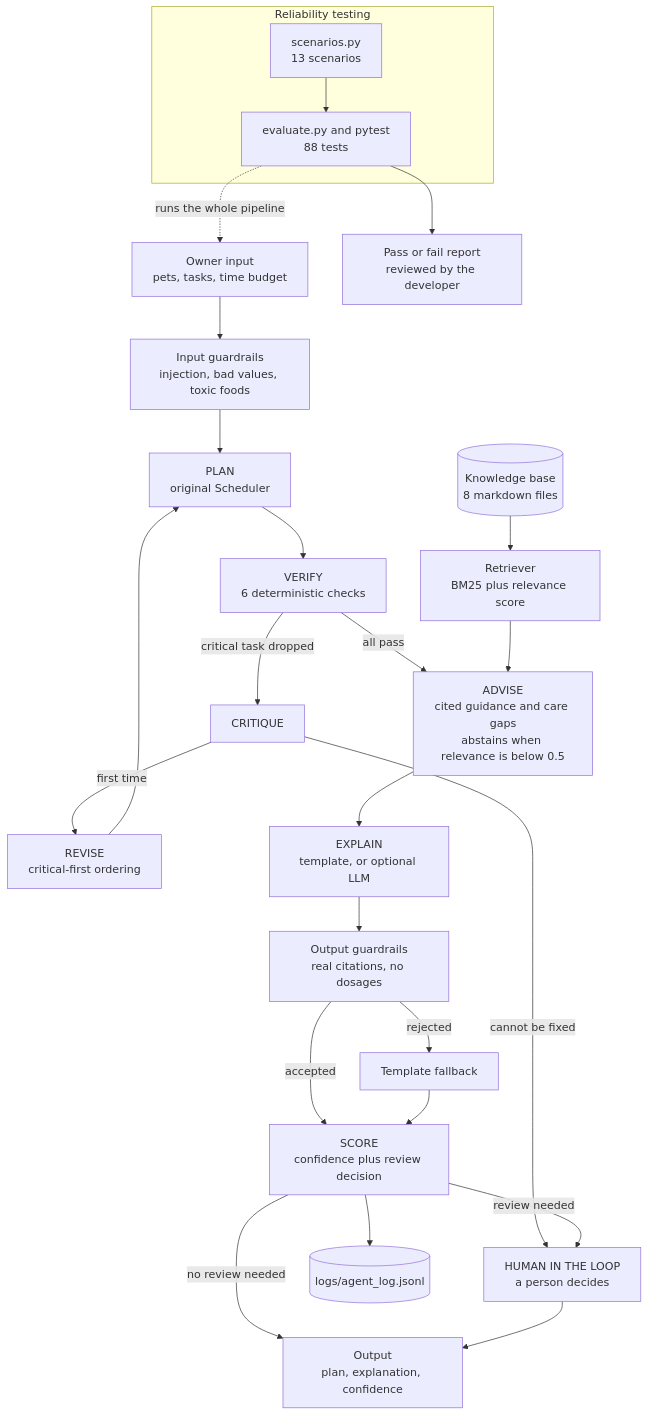
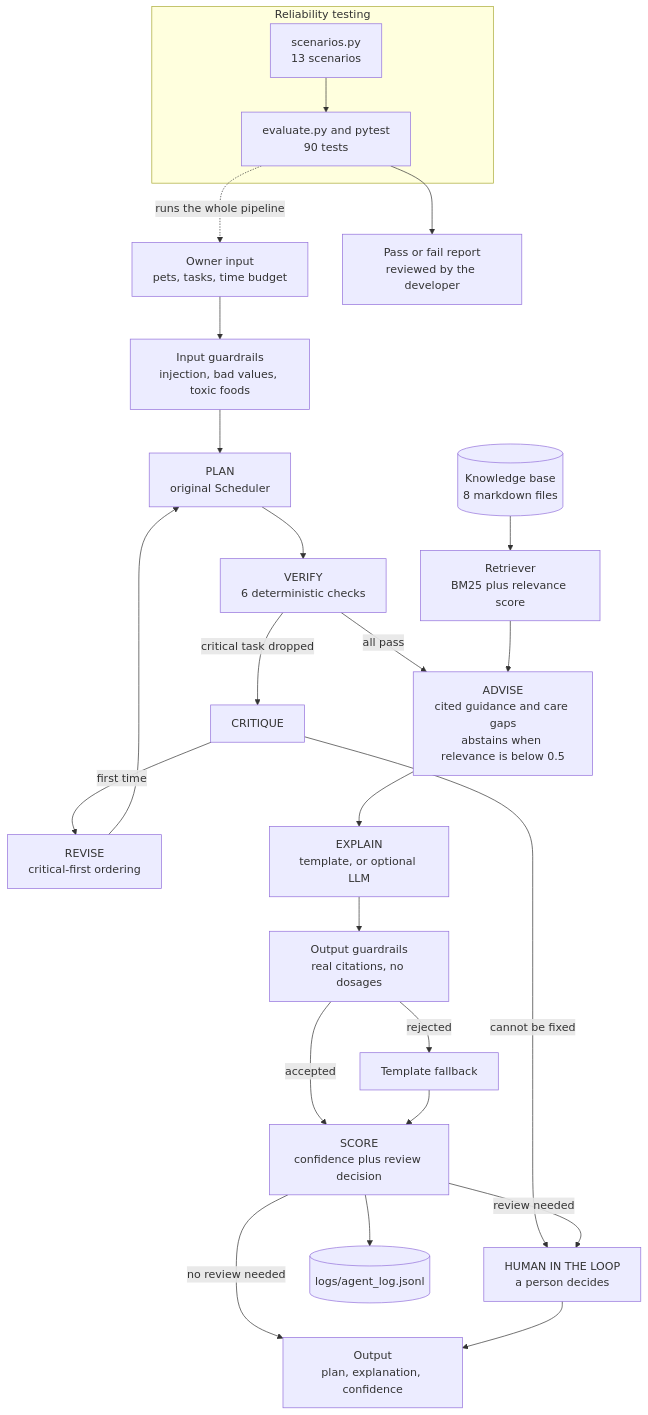
One commit to karensprojects22/applied-ai-system-project changed the diagram in docs/system_diagram.mmd. Above: the diagram before and after it, drawn with Mermaid. The commit also changed 32 other files, not shown here.

```diff
--- a/docs/system_diagram.mmd
+++ b/docs/system_diagram.mmd
@@ -1,25 +1,25 @@
 flowchart TD
     OWNER["Owner input<br/>pets, tasks, time budget"] --> IG["Input guardrails<br/>injection, bad values, toxic foods"]
     IG --> PLAN["PLAN<br/>original Scheduler"]
     PLAN --> VERIFY["VERIFY<br/>6 deterministic checks"]
     VERIFY -->|all pass| ADVISE
     VERIFY -->|critical task dropped| CRITIQUE["CRITIQUE"]
     CRITIQUE -->|first time| REVISE["REVISE<br/>critical-first ordering"]
     REVISE --> PLAN
     CRITIQUE -->|cannot be fixed| HUMAN
     KB[("Knowledge base<br/>8 markdown files")] --> RET["Retriever<br/>BM25 plus relevance score"]
     RET --> ADVISE["ADVISE<br/>cited guidance and care gaps<br/>abstains when relevance is below 0.5"]
     ADVISE --> EXPLAIN["EXPLAIN<br/>template, or optional LLM"]
     EXPLAIN --> OG["Output guardrails<br/>real citations, no dosages"]
     OG -->|rejected| TEMPLATE["Template fallback"]
     OG -->|accepted| SCORE
     TEMPLATE --> SCORE["SCORE<br/>confidence plus review decision"]
     SCORE -->|review needed| HUMAN["HUMAN IN THE LOOP<br/>a person decides"]
     SCORE -->|no review needed| OUT["Output<br/>plan, explanation, confidence"]
     HUMAN --> OUT
     SCORE --> LOG[("logs/agent_log.jsonl")]
     subgraph TESTING["Reliability testing"]
-        SCEN["scenarios.py<br/>13 scenarios"] --> EVAL["evaluate.py and pytest<br/>88 tests"]
+        SCEN["scenarios.py<br/>13 scenarios"] --> EVAL["evaluate.py and pytest<br/>90 tests"]
     end
     EVAL -. runs the whole pipeline .-> OWNER
     EVAL --> REPORT["Pass or fail report<br/>reviewed by the developer"]
```
